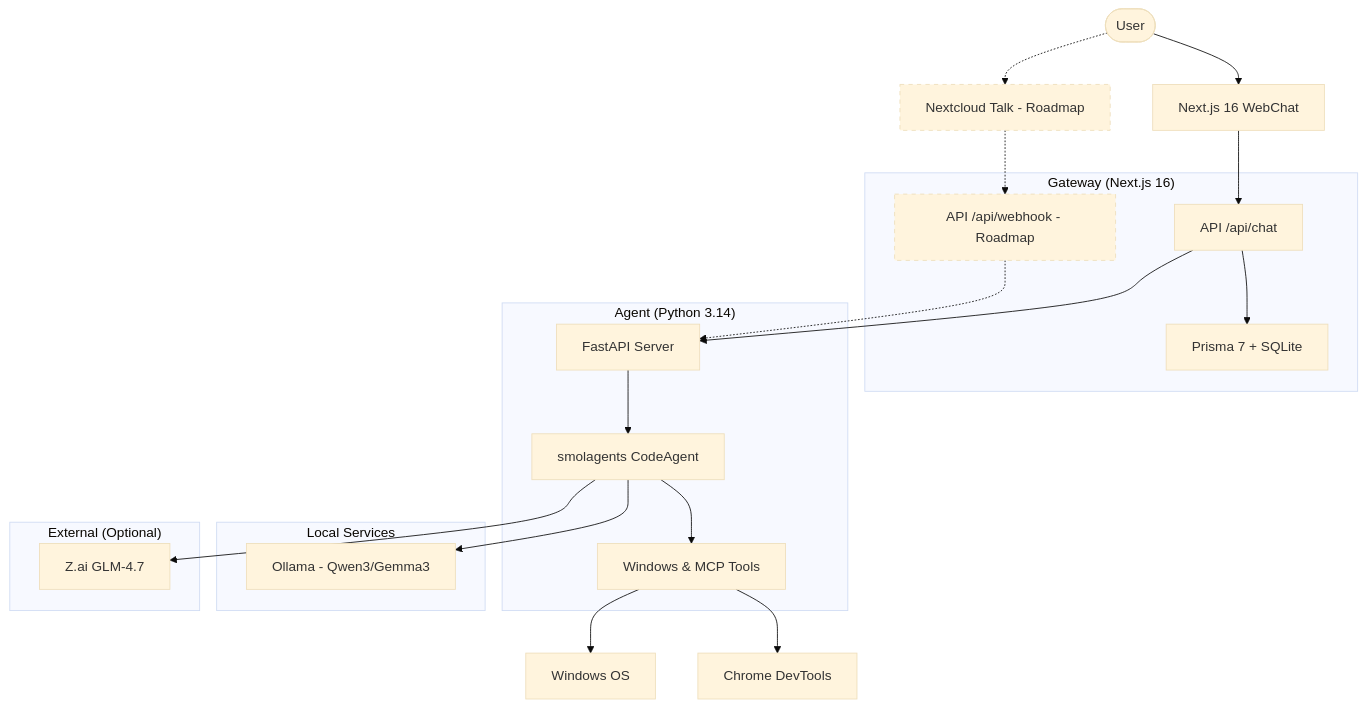
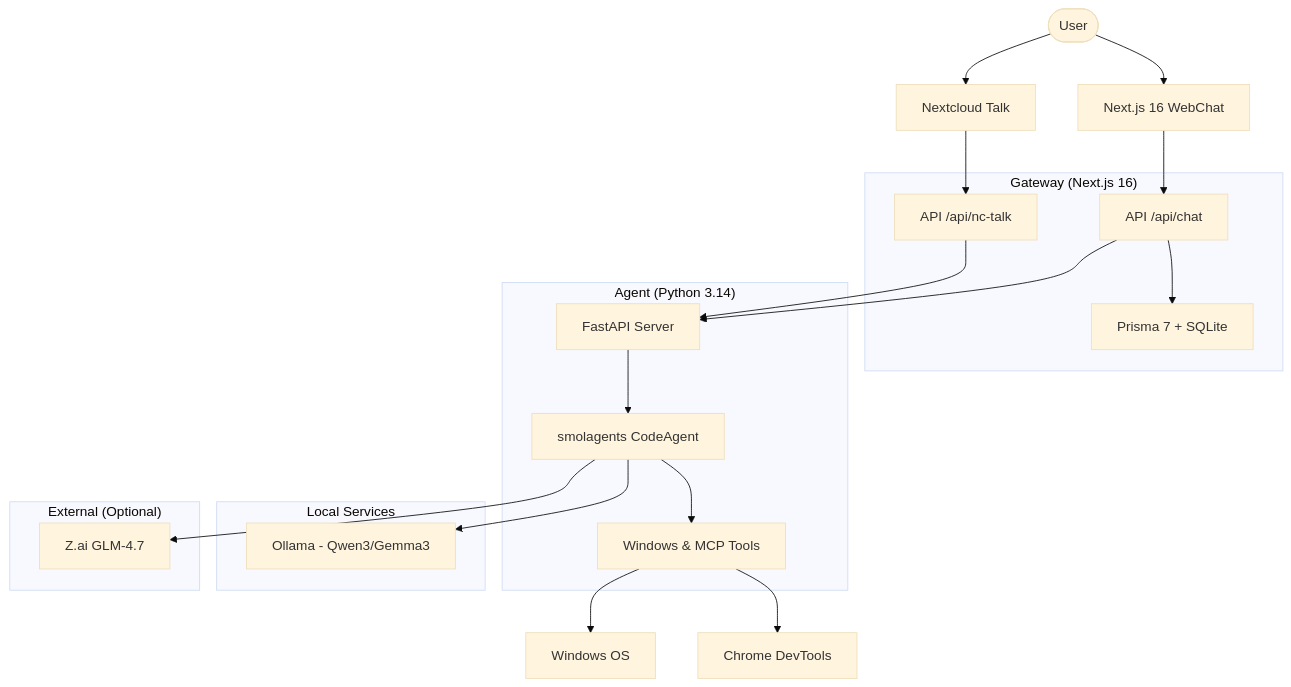
The diagram in README.md (laurentvv/my-claw), drawn with Mermaid (base theme) before and after one commit. The commit also changed other lines of this file and 4 other files, not shown here.

First line of the commit message:
docs(nc-talk): mark Module 4 Nextcloud Talk integration as complete

````diff
--- a/README.md
+++ b/README.md
@@ -50,43 +50,40 @@
 ```mermaid
 graph TD
     User([User])
     WebChat[Next.js 16 WebChat]
-    NCTalk[Nextcloud Talk - Roadmap]
+    NCTalk[Nextcloud Talk]
 
     subgraph Gateway ["Gateway (Next.js 16)"]
         API_Chat[API /api/chat]
-        API_Webhook[API /api/webhook - Roadmap]
+        API_Webhook[API /api/nc-talk]
         Prisma[Prisma 7 + SQLite]
     end
 
     subgraph Agent ["Agent (Python 3.14)"]
         FastAPI[FastAPI Server]
         Smolagents[smolagents CodeAgent]
         Tools[Windows & MCP Tools]
     end
 
     subgraph Local ["Local Services"]
         Ollama[Ollama - Qwen3/Gemma3]
     end
 
     subgraph Cloud ["External (Optional)"]
         ZAI[Z.ai GLM-4.7]
     end
 
     User --> WebChat
-    User -.-> NCTalk
+    User --> NCTalk
     WebChat --> API_Chat
-    NCTalk -.-> API_Webhook
+    NCTalk --> API_Webhook
     API_Chat --> Prisma
     API_Chat --> FastAPI
-    API_Webhook -.-> FastAPI
+    API_Webhook --> FastAPI
     FastAPI --> Smolagents
     Smolagents --> Tools
     Smolagents --> Ollama
     Smolagents --> ZAI
     Tools --> Windows[Windows OS]
     Tools --> Chrome[Chrome DevTools]
-
-    style NCTalk stroke-dasharray: 5 5
-    style API_Webhook stroke-dasharray: 5 5
 ```
````
